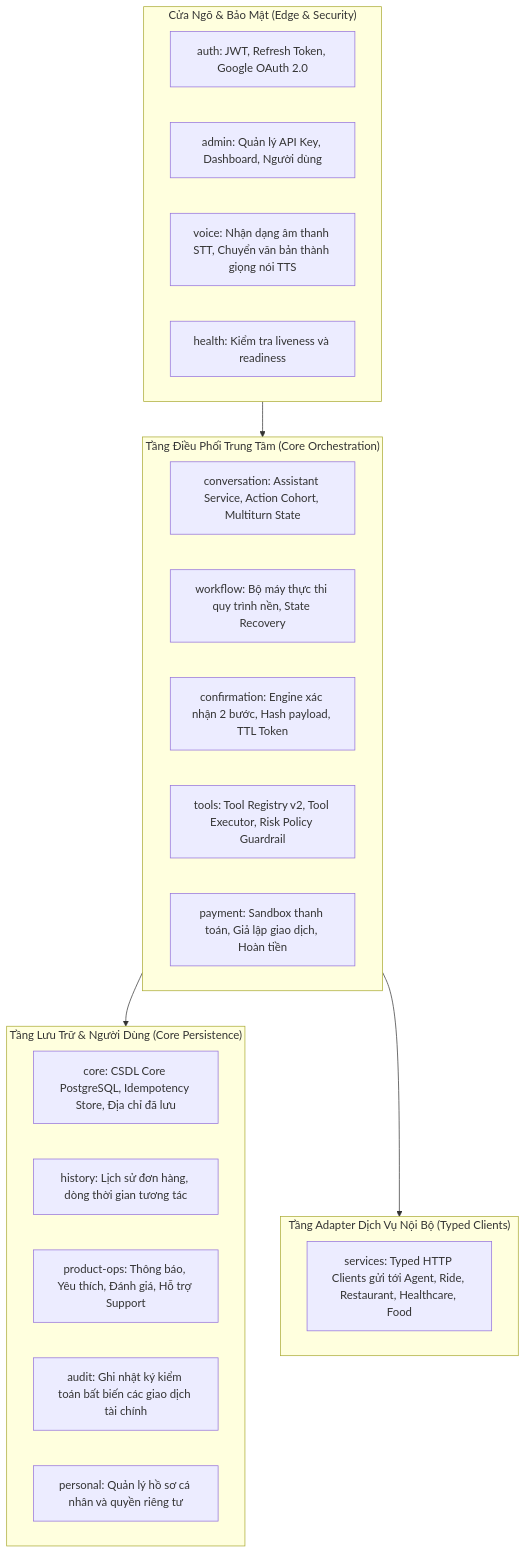
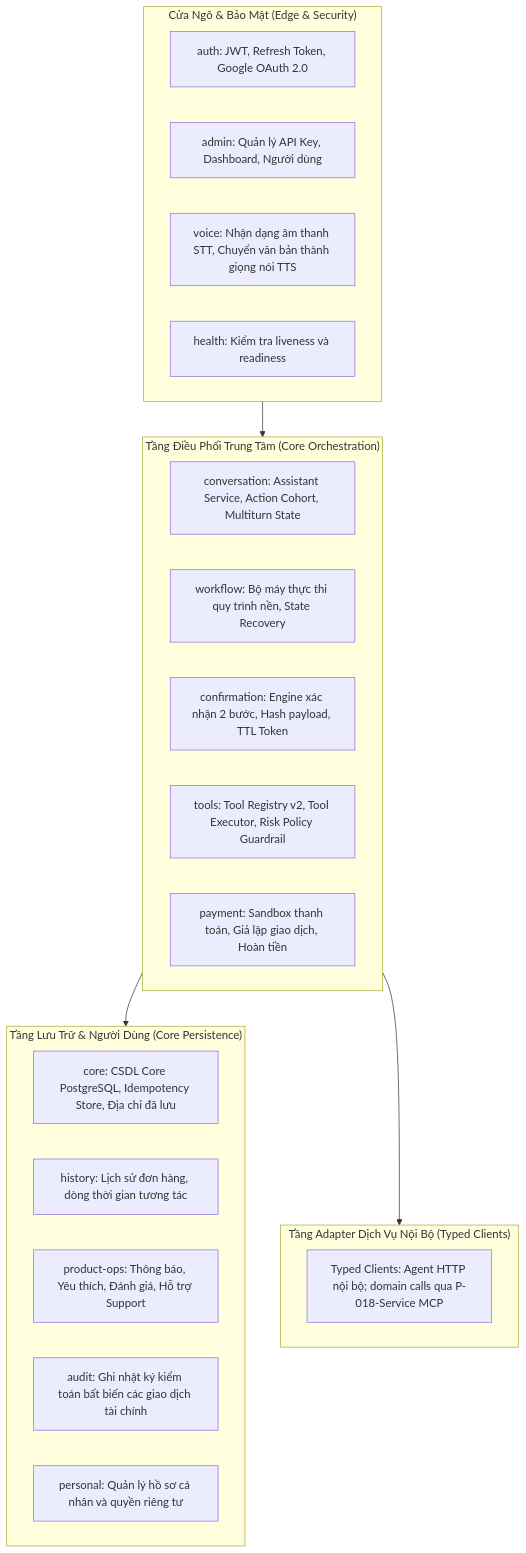
One commit to codecuatai/P-018 changed the diagram in docs/02-architecture/backend-architecture.md. Above: the diagram before and after it, drawn with Mermaid. The commit also changed other lines of this file and 35 other files, not shown here.

````diff
--- a/docs/02-architecture/backend-architecture.md
+++ b/docs/02-architecture/backend-architecture.md
@@ -11,33 +11,33 @@
 ```mermaid
 flowchart TD
     subgraph EdgeLayer["Cửa Ngõ & Bảo Mật (Edge & Security)"]
         Auth[auth: JWT, Refresh Token, Google OAuth 2.0]
         Admin[admin: Quản lý API Key, Dashboard, Người dùng]
         Voice[voice: Nhận dạng âm thanh STT, Chuyển văn bản thành giọng nói TTS]
         Health[health: Kiểm tra liveness và readiness]
     end
 
     subgraph CoreOrchestration["Tầng Điều Phối Trung Tâm (Core Orchestration)"]
         Conversation[conversation: Assistant Service, Action Cohort, Multiturn State]
         Workflow[workflow: Bộ máy thực thi quy trình nền, State Recovery]
         Confirmation[confirmation: Engine xác nhận 2 bước, Hash payload, TTL Token]
         Tools[tools: Tool Registry v2, Tool Executor, Risk Policy Guardrail]
         Payment[payment: Sandbox thanh toán, Giả lập giao dịch, Hoàn tiền]
     end
 
     subgraph PersistenceLayer["Tầng Lưu Trữ & Người Dùng (Core Persistence)"]
         Core[core: CSDL Core PostgreSQL, Idempotency Store, Địa chỉ đã lưu]
         History[history: Lịch sử đơn hàng, dòng thời gian tương tác]
         ProductOps[product-ops: Thông báo, Yêu thích, Đánh giá, Hỗ trợ Support]
         Audit[audit: Ghi nhật ký kiểm toán bất biến các giao dịch tài chính]
         Personal[personal: Quản lý hồ sơ cá nhân và quyền riêng tư]
     end
 
     subgraph TypedAdapters["Tầng Adapter Dịch Vụ Nội Bộ (Typed Clients)"]
-        Services[services: Typed HTTP Clients gửi tới Agent, Ride, Restaurant, Healthcare, Food]
+        Services[Typed Clients: Agent HTTP nội bộ; domain calls qua P-018-Service MCP]
     end
 
     EdgeLayer --> CoreOrchestration
     CoreOrchestration --> PersistenceLayer
     CoreOrchestration --> TypedAdapters
 ```
````
